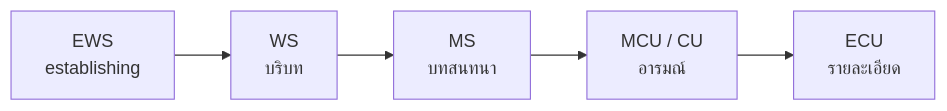
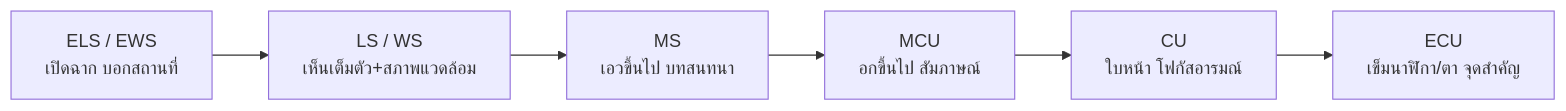
Before and after one commit to PichyyyNews/31905-2016-digital-video-editing-vfx: the first of 2 diagrams in lessons/03-วิดีโอ.md, drawn with Mermaid. The commit also changed other lines of this file, not shown here.

````diff
--- a/lessons/03-วิดีโอ.md
+++ b/lessons/03-วิดีโอ.md
@@ -448,7 +545,8 @@
 ```mermaid
 flowchart LR
-    A["EWS<br/>establishing"] --> B["WS<br/>บริบท"]
-    B --> C["MS<br/>บทสนทนา"]
-    C --> D["MCU / CU<br/>อารมณ์"]
-    D --> E["ECU<br/>รายละเอียด"]
+    A["ELS / EWS<br/>เปิดฉาก บอกสถานที่"] --> B["LS / WS<br/>เห็นเต็มตัว+สภาพแวดล้อม"]
+    B --> C["MS<br/>เอวขึ้นไป บทสนทนา"]
+    C --> D["MCU<br/>อกขึ้นไป สัมภาษณ์"]
+    D --> E["CU<br/>ใบหน้า โฟกัสอารมณ์"]
+    E --> F["ECU<br/>เข็มนาฬิกา/ตา จุดสำคัญ"]
 ```
````
